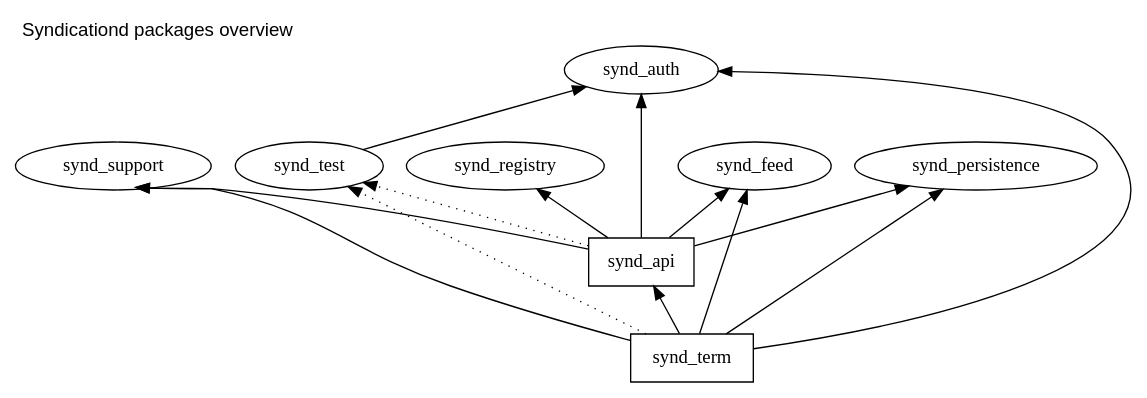
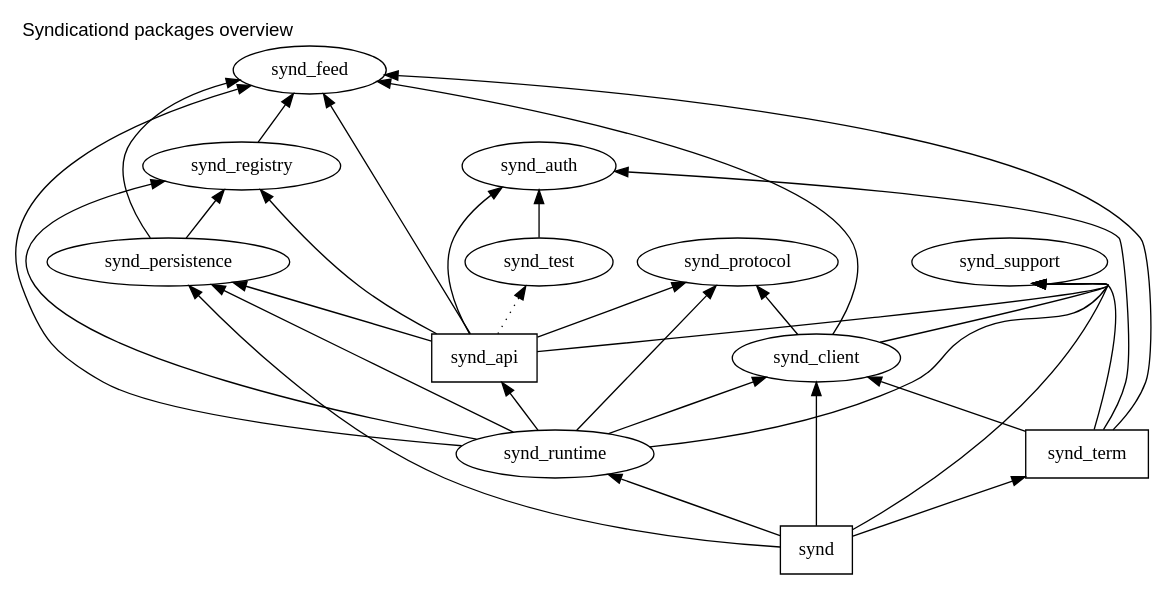
The diagram in etc/dot/packages.dot (ymgyt/syndicationd), drawn with Graphviz before and after one commit. The commit also changed 3 other files, not shown here.

```diff
--- a/etc/dot/packages.dot
+++ b/etc/dot/packages.dot
@@ -1,38 +1,64 @@
 digraph {
     graph [
         layout=dot,
         rankdir=BT,
         label="Syndicationd packages overview",
         labelloc="top", // t(top) | b(bottom)
         labeljust="left", // l(left) | c(center) | r(right)
         fontname="Helvetica,Arial,sans-serif"
         compound=true; 
         newrank=true
     ];
 
     support [ label="synd_support" ]
+    protocol [ label="synd_protocol" ]
     auth [ label="synd_auth" ]
     feed [ label="synd_feed" ]
+    registry [ label="synd_registry" ]
     persistence [ label="synd_persistence" ]
-    registry [ label="synd_registry" ]
+    client [ label="synd_client" ]
+    runtime [ label="synd_runtime" ]
     test [ label="synd_test" ]
 
+    synd [ label="synd", shape="box" ]
     term [ label="synd_term", shape="box" ]
     api  [ label="synd_api", shape="box" ]
+
+    synd -> support [ headport="se" ]
+    synd -> persistence
+    synd -> client
+    synd -> runtime
+    synd -> term
 
     term -> support [ headport="se" ]
     term -> auth
     term -> feed
-    term -> api
-    term -> persistence
-    term -> test [ style="dotted" ]
+    term -> client
+
+    runtime -> support [ headport="se" ]
+    runtime -> protocol
+    runtime -> feed
+    runtime -> registry
+    runtime -> persistence
+    runtime -> client
+    runtime -> api
 
     api  -> support [ headport="se" ]
+    api  -> protocol
     api  -> auth
     api  -> feed
+    api  -> registry
     api  -> persistence
-    api  -> registry
     api  -> test [ style="dotted" ]
+
+    client -> support [ headport="se" ]
+    client -> protocol
+    client -> feed
+
+    persistence -> feed
+    persistence -> registry
+
+    registry -> feed
 
     test -> auth
 }
```
